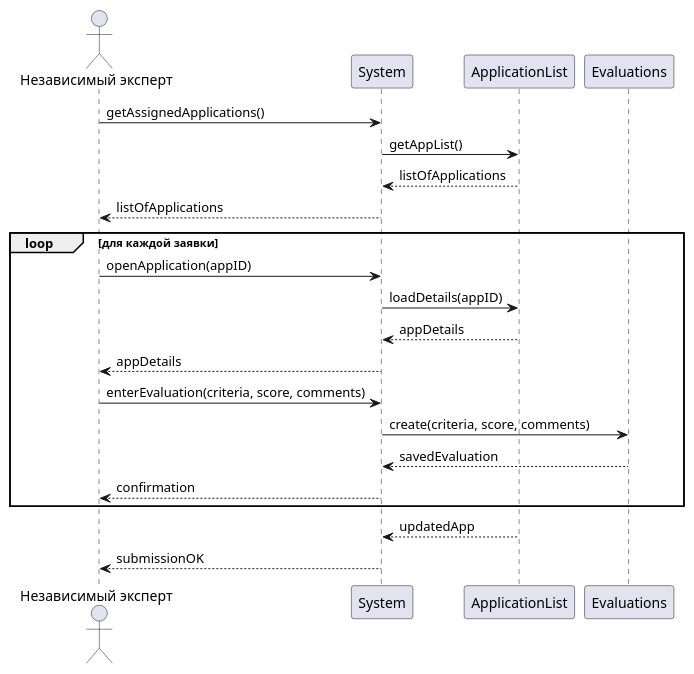
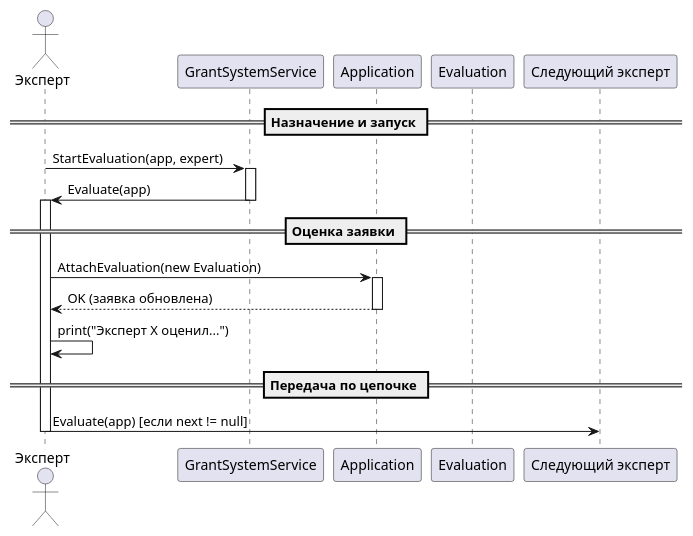
One commit to penamarth/bsbo-13-23_team2_var9_techexp changed the diagram in Прецеденты/Оценка заявки/Диаграмма последовательности Оценка заявки.md. Above: the diagram before and after it, drawn with PlantUML. The commit also changed 1 other file, not shown here.

Commit message:
Прецедент оценка заявки

````diff
--- a/Прецеденты/Оценка заявки/Диаграмма последовательности Оценка заявки.md
+++ b/Прецеденты/Оценка заявки/Диаграмма последовательности Оценка заявки.md
@@ -1,27 +1,32 @@
 ```plantuml
 @startuml
-actor "Независимый эксперт" as Expert
-participant System
-participant ApplicationList
-participant Evaluations
+actor "Эксперт" as Expert
 
-Expert -> System : getAssignedApplications()
-System -> ApplicationList : getAppList()
-ApplicationList --> System : listOfApplications
-System --> Expert : listOfApplications
+participant "GrantSystemService" as Service
+participant "Application" as App
+participant "Evaluation" as Eval
+participant "Следующий эксперт" as NextExpert
 
-loop для каждой заявки
-    Expert -> System : openApplication(appID)
-    System -> ApplicationList : loadDetails(appID)
-    ApplicationList --> System : appDetails
-    System --> Expert : appDetails
+== Назначение и запуск ==
 
-    Expert -> System : enterEvaluation(criteria, score, comments)
-    System -> Evaluations : create(criteria, score, comments)
-    Evaluations --> System : savedEvaluation
-    System --> Expert : confirmation
-end
-ApplicationList --> System : updatedApp
-System --> Expert : submissionOK
+Expert -> Service : StartEvaluation(app, expert)
+activate Service
+Service -> Expert : Evaluate(app)
+deactivate Service
+
+== Оценка заявки ==
+
+activate Expert
+Expert -> App : AttachEvaluation(new Evaluation)
+activate App
+App --> Expert : OK (заявка обновлена)
+deactivate App
+
+Expert -> Expert : print("Эксперт X оценил...")
+
+== Передача по цепочке ==
+Expert -> NextExpert : Evaluate(app) [если next != null]
+deactivate Expert
+
 @enduml
 ```
````
